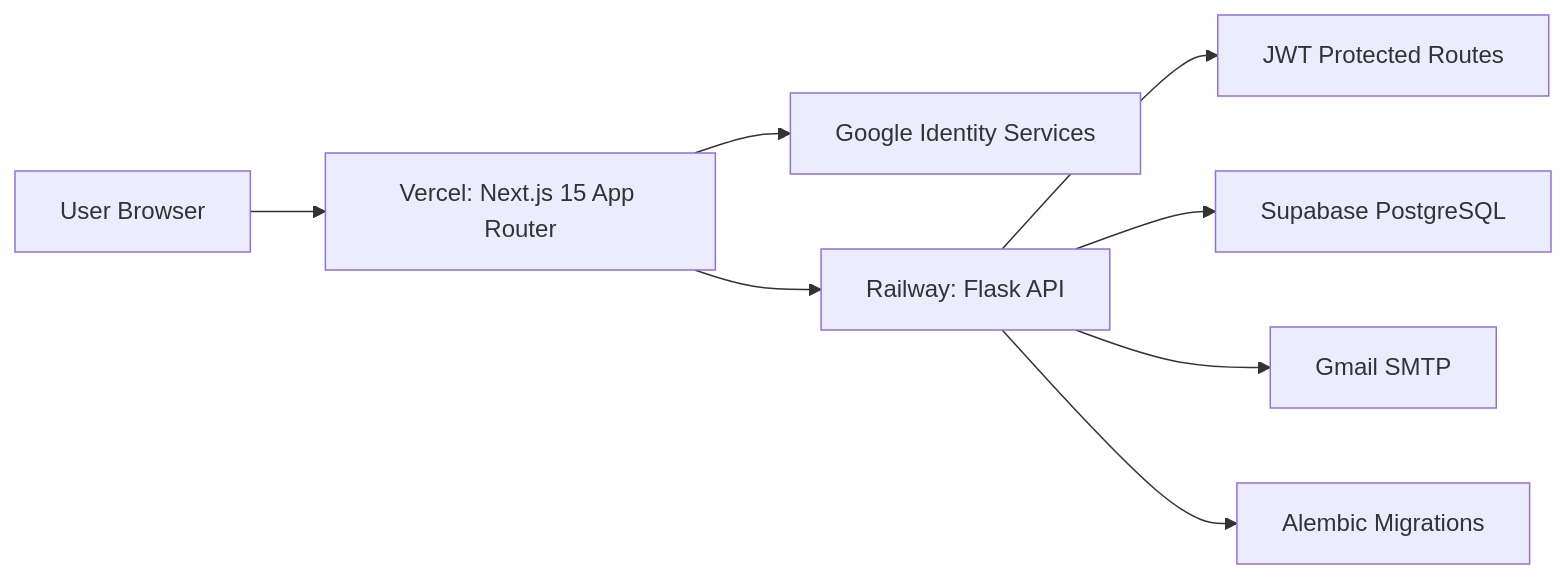
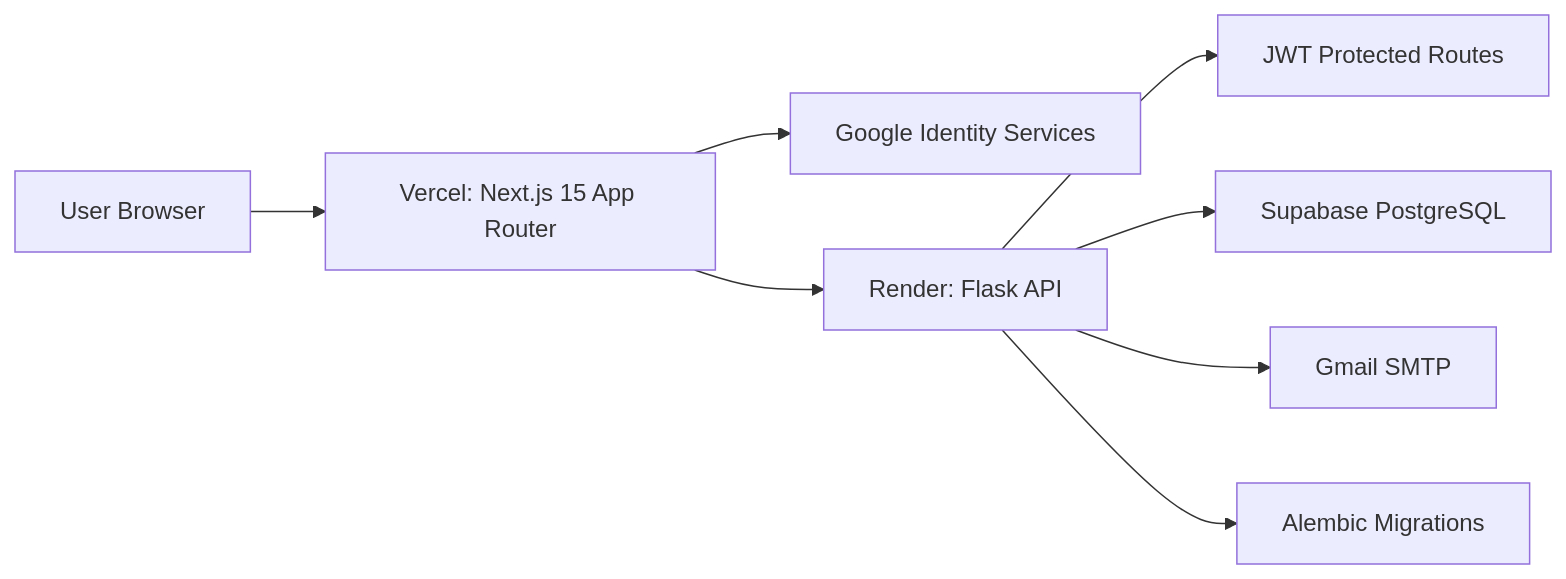
The diagram in README.md (prashantsuryavanshi0/taskflow-saas), drawn with Mermaid before and after one commit.

Commit message:
Update API provider from Railway to Render

````diff
--- a/README.md
+++ b/README.md
@@ -7,10 +7,10 @@
 ```mermaid
 flowchart LR
   U["User Browser"] --> V["Vercel: Next.js 15 App Router"]
   V --> G["Google Identity Services"]
-  V --> R["Railway: Flask API"]
+  V --> R["Render: Flask API"]
   R --> J["JWT Protected Routes"]
   R --> S["Supabase PostgreSQL"]
   R --> M["Gmail SMTP"]
   R --> A["Alembic Migrations"]
 ```
````
